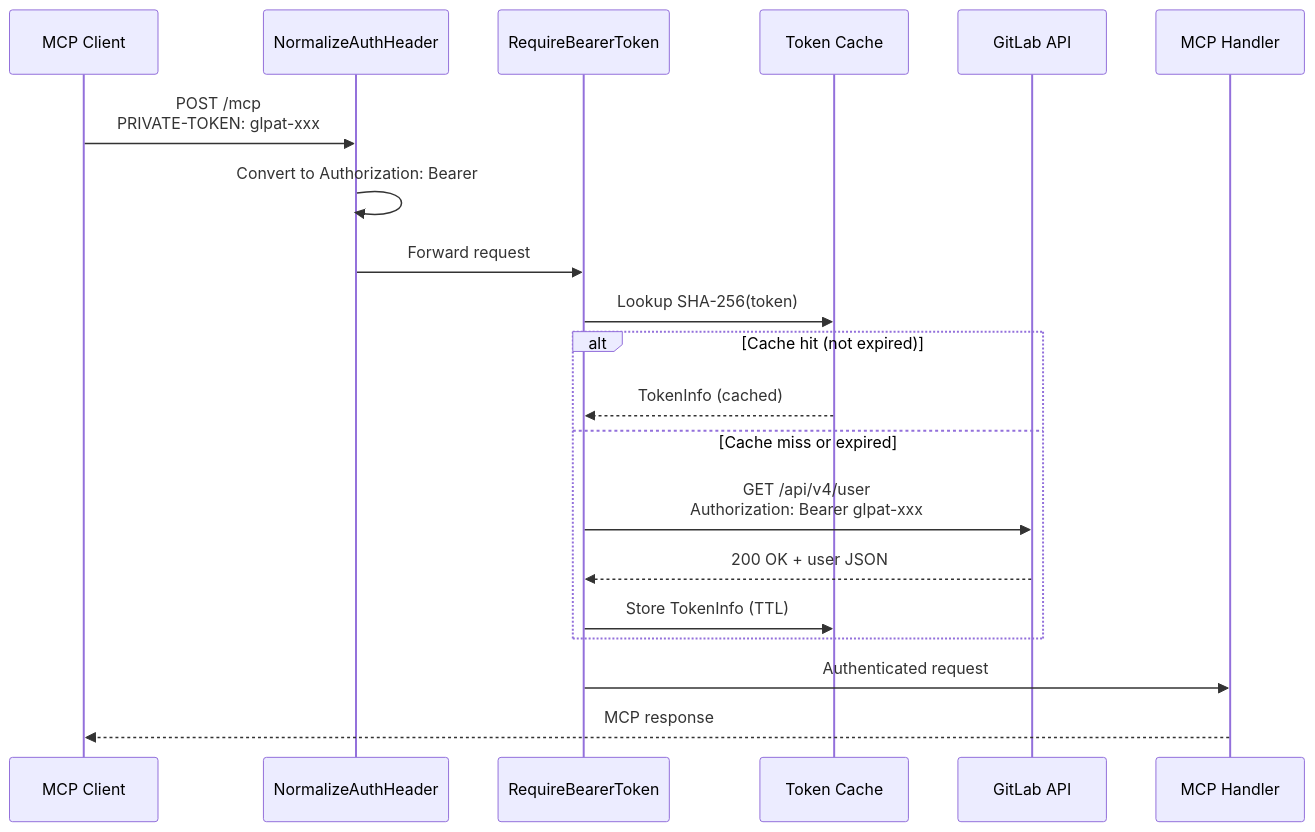
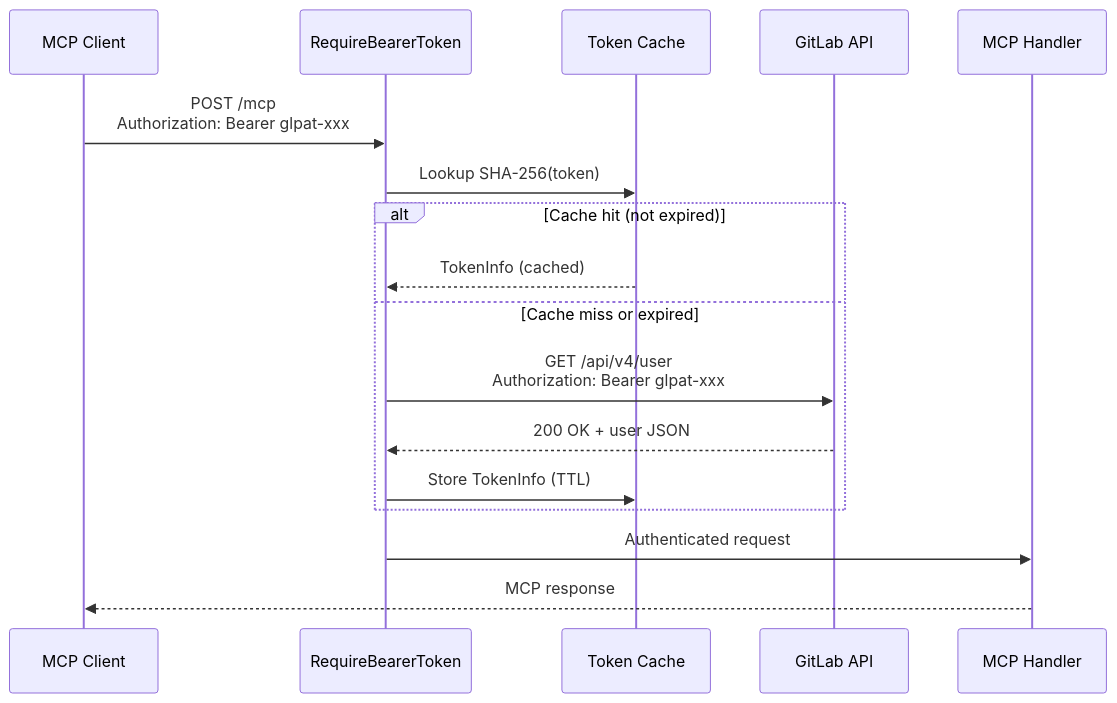
Before and after one commit to jmrplens/gitlab-mcp-server: the second of 3 diagrams in docs/guides/http-server-mode.md, drawn with Mermaid. The commit also changed other lines of this file and 51 other files, not shown here.

````diff
--- a/docs/guides/http-server-mode.md
+++ b/docs/guides/http-server-mode.md
@@ -343,25 +345,22 @@
 ```mermaid
 sequenceDiagram
     participant Client as MCP Client
-    participant MW as NormalizeAuthHeader
     participant Auth as RequireBearerToken
     participant Cache as Token Cache
     participant GL as GitLab API
     participant MCP as MCP Handler
 
-    Client->>MW: POST /mcp<br/>PRIVATE-TOKEN: glpat-xxx
-    MW->>MW: Convert to Authorization: Bearer
-    MW->>Auth: Forward request
+    Client->>Auth: POST /mcp<br/>Authorization: Bearer glpat-xxx
     Auth->>Cache: Lookup SHA-256(token)
 
     alt Cache hit (not expired)
         Cache-->>Auth: TokenInfo (cached)
     else Cache miss or expired
         Auth->>GL: GET /api/v4/user<br/>Authorization: Bearer glpat-xxx
         GL-->>Auth: 200 OK + user JSON
         Auth->>Cache: Store TokenInfo (TTL)
     end
 
     Auth->>MCP: Authenticated request
     MCP-->>Client: MCP response
 ```
````
